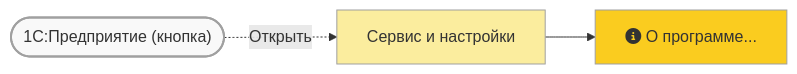
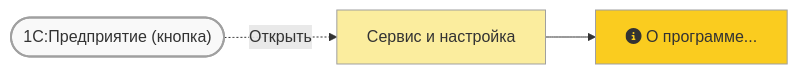
One commit to lugovoe/manual changed the first of 3 diagrams in faq/crash/main-white-window.md. Above: the diagram before and after it, drawn with Mermaid.

````diff
--- a/faq/crash/main-white-window.md
+++ b/faq/crash/main-white-window.md
@@ -19,13 +19,11 @@
 ``` mermaid
 flowchart LR
-  b1(["1С:Предприятие (кнопка)"]);
-  m1[Сервис и настройки];
+  b1(["1С:Предприятие (кнопка)"]) -. Открыть .-> m1;
+  m1[Сервис и настройка] --> m2;
   m2[fa:fa-info-circle О программе...];
-  b1 -. Открыть .-> m1;
-  m1 --> m2;
   classDef default fill:#facc1f,stroke:#a0a0a0,stroke-width:1px;
   classDef button fill:#f9f9f9,stroke-width:2px;
   classDef mainmenu fill:#fbed9e;
   class b1 button;
   class m1 mainmenu;
 ```
````
